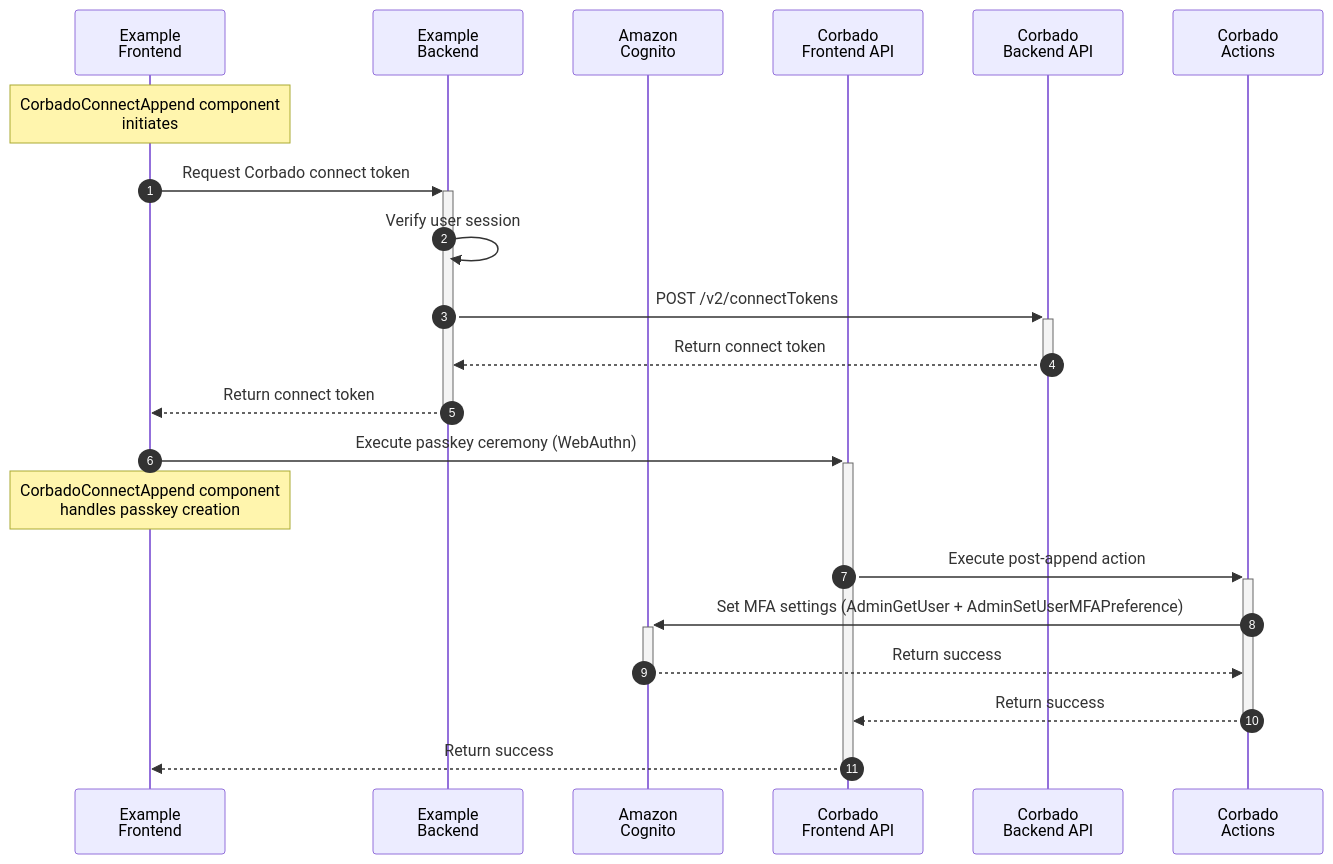
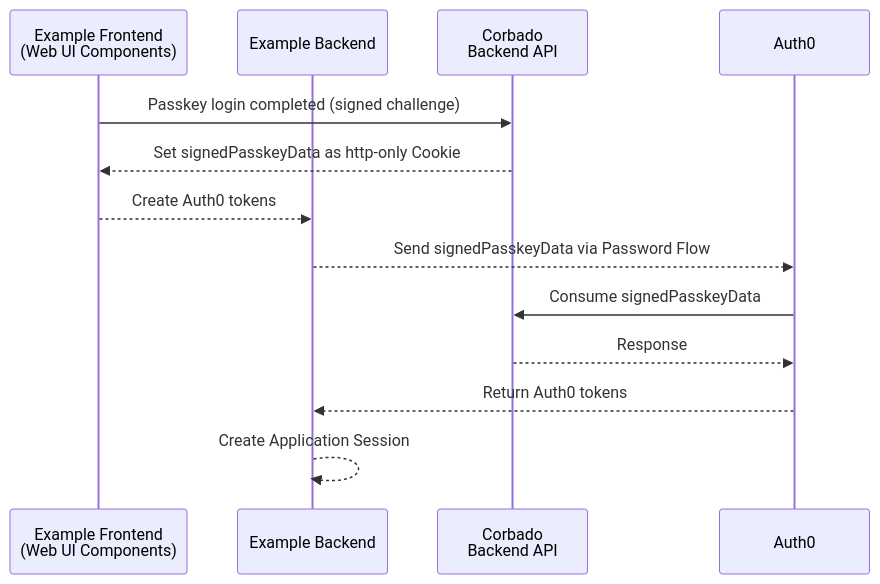
Before and after one commit to corbadotech/docs: the second of 3 diagrams in corbado-connect/integration/auth0.mdx, drawn with Mermaid. The commit also changed other lines of this file, not shown here.

Commit message:
Added mermaid charts (not final yet)

````diff
--- a/corbado-connect/integration/auth0.mdx
+++ b/corbado-connect/integration/auth0.mdx
@@ -98,25 +245,16 @@
 ```mermaid
 sequenceDiagram
-    autonumber
-    participant ExampleFrontend as Example<br />Frontend
-    participant ExampleBackend as Example<br />Backend
-    participant Cognito as Amazon<br />Cognito
-    participant FAPI as Corbado<br />Frontend API
+    participant ExampleFrontend as Example Frontend <br> (Web UI Components)
+    participant ExampleBackend as Example Backend
     participant BAPI as Corbado<br />Backend API
-    participant Actions as Corbado<br />Actions
+    participant Auth0 as Auth0
 
-    Note over ExampleFrontend: CorbadoConnectAppend component<br />initiates
-    ExampleFrontend->>+ExampleBackend: Request Corbado connect token
-    ExampleBackend->>ExampleBackend: Verify user session
-    ExampleBackend->>+BAPI: POST /v2/connectTokens
-    BAPI-->>-ExampleBackend: Return connect token
-    ExampleBackend-->>-ExampleFrontend: Return connect token
-
-    ExampleFrontend->>+FAPI: Execute passkey ceremony (WebAuthn)
-    Note over ExampleFrontend: CorbadoConnectAppend component<br />handles passkey creation
-    FAPI->>+Actions: Execute post-append action
-    Actions->>+Cognito: Set MFA settings (AdminGetUser + AdminSetUserMFAPreference)
-    Cognito-->>-Actions: Return success
-    Actions-->>-FAPI: Return success
-    FAPI-->>-ExampleFrontend: Return success
+    ExampleFrontend->>BAPI: Passkey login completed (signed challenge)
+    BAPI-->>ExampleFrontend: Set signedPasskeyData as http-only Cookie
+    ExampleFrontend-->>ExampleBackend: Create Auth0 tokens
+    ExampleBackend-->>Auth0: Send signedPasskeyData via Password Flow
+    Auth0->>BAPI: Consume signedPasskeyData
+    BAPI-->>Auth0: Response
+    Auth0-->>ExampleBackend: Return Auth0 tokens
+    ExampleBackend-->>ExampleBackend: Create Application Session
 ```
````
